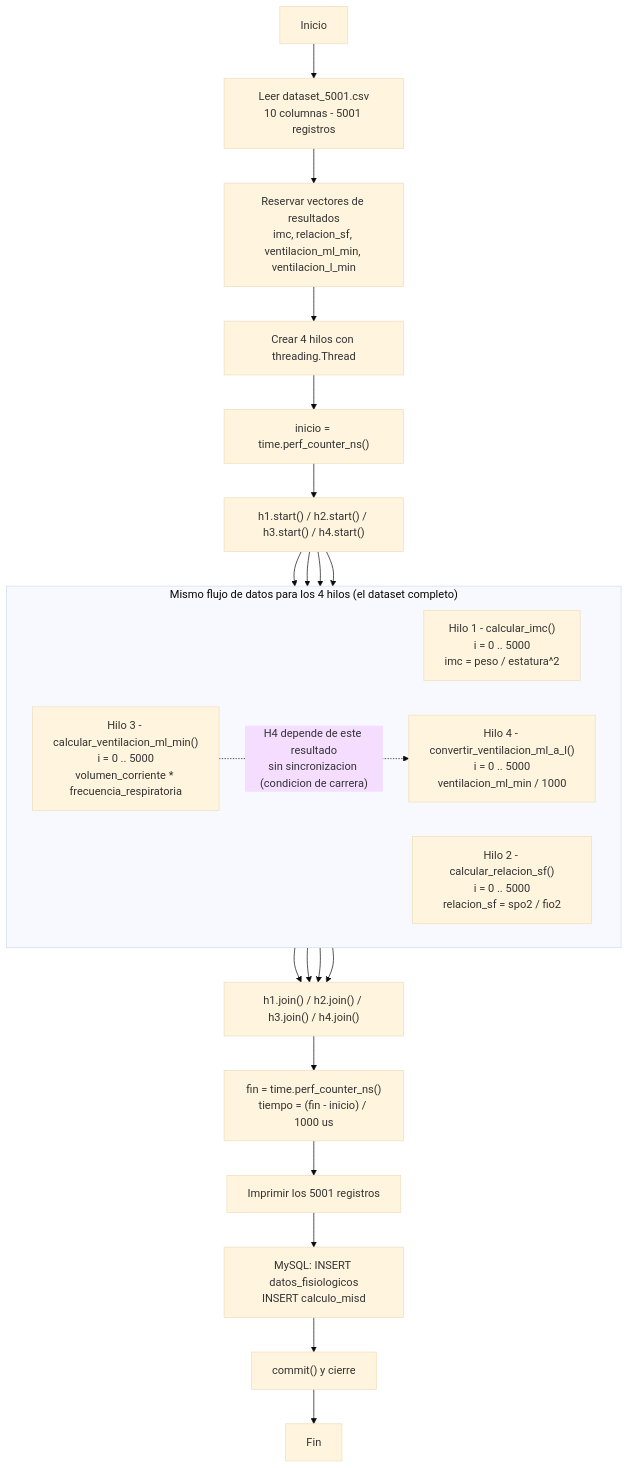
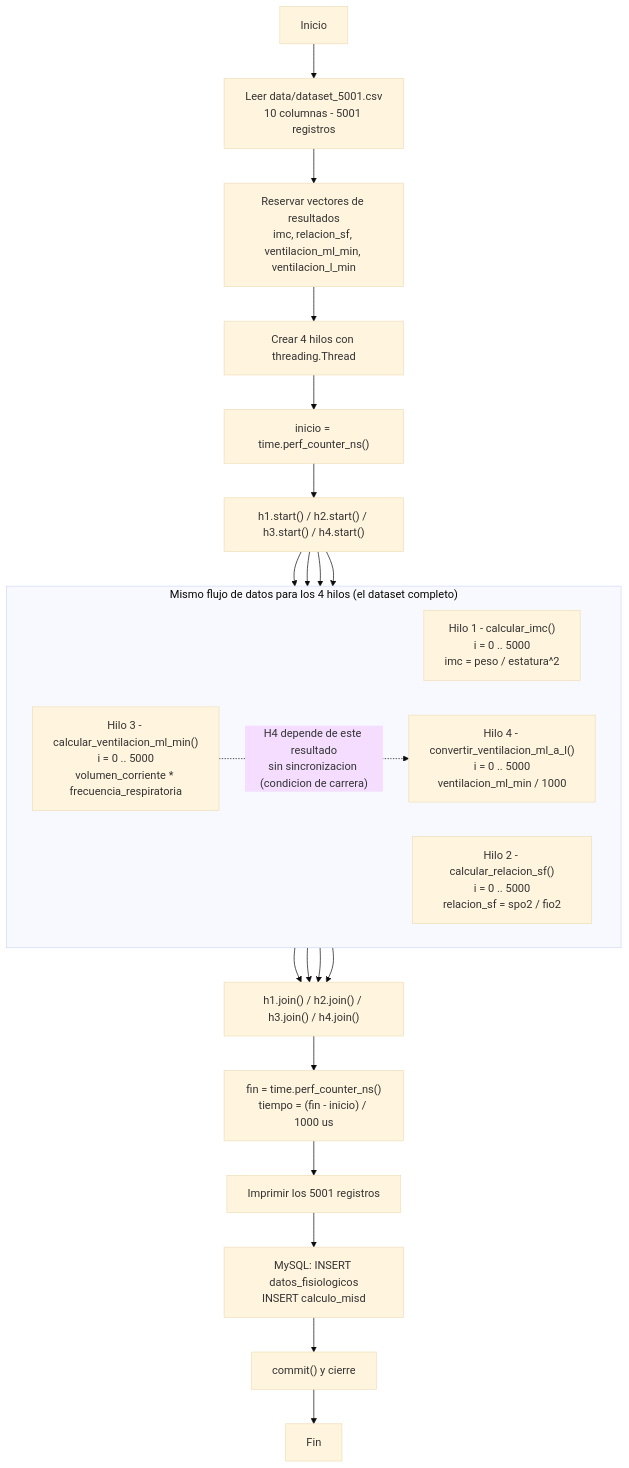
Before and after one commit to DTiupul/Proyecto_Computacion_Paralela: the third of 7 diagrams in diagramas/README.md, drawn with Mermaid (base theme). The commit also changed other lines of this file and 22 other files, not shown here.

````diff
--- a/diagramas/README.md
+++ b/diagramas/README.md
@@ -113,34 +113,34 @@
 ```mermaid
 flowchart TB
-    A["Inicio"] --> B["Leer dataset_5001.csv<br/>10 columnas - 5001 registros"]
+    A["Inicio"] --> B["Leer data/dataset_5001.csv<br/>10 columnas - 5001 registros"]
     B --> C["Reservar vectores de resultados<br/>imc, relacion_sf, ventilacion_ml_min, ventilacion_l_min"]
     C --> D["Crear 4 hilos con threading.Thread"]
     D --> E["inicio = time.perf_counter_ns()"]
     E --> S["h1.start() / h2.start() / h3.start() / h4.start()"]
 
     subgraph DATOS["Mismo flujo de datos para los 4 hilos (el dataset completo)"]
         direction LR
         H1["Hilo 1 - calcular_imc()<br/>i = 0 .. 5000<br/>imc = peso / estatura^2"]
         H2["Hilo 2 - calcular_relacion_sf()<br/>i = 0 .. 5000<br/>relacion_sf = spo2 / fio2"]
         H3["Hilo 3 - calcular_ventilacion_ml_min()<br/>i = 0 .. 5000<br/>volumen_corriente * frecuencia_respiratoria"]
         H4["Hilo 4 - convertir_ventilacion_ml_a_l()<br/>i = 0 .. 5000<br/>ventilacion_ml_min / 1000"]
     end
 
     S --> H1
     S --> H2
     S --> H3
     S --> H4
 
     H3 -.->|"H4 depende de este resultado<br/>sin sincronizacion (condicion de carrera)"| H4
 
     H1 --> J["h1.join() / h2.join() / h3.join() / h4.join()"]
     H2 --> J
     H3 --> J
     H4 --> J
 
     J --> F["fin = time.perf_counter_ns()<br/>tiempo = (fin - inicio) / 1000 us"]
     F --> G["Imprimir los 5001 registros"]
     G --> K["MySQL: INSERT datos_fisiologicos<br/>INSERT calculo_misd"]
     K --> L["commit() y cierre"]
     L --> M["Fin"]
 ```
````
